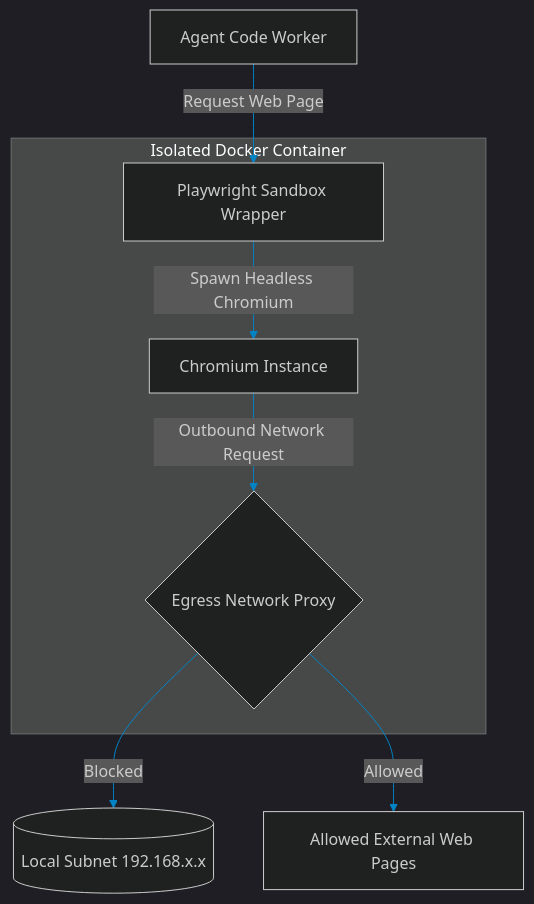
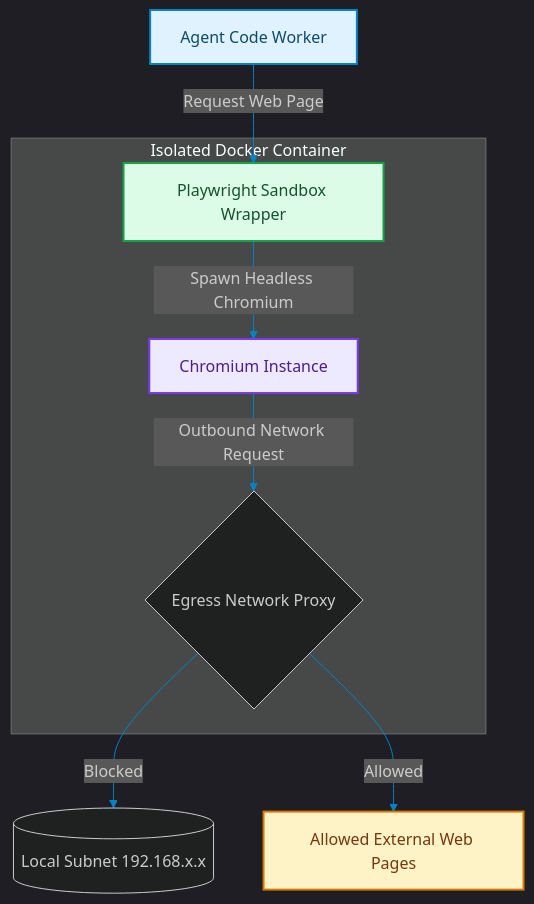
One commit to akmalkhaniub/akmalkhaniub.github.io changed the diagram in blog/posts/browser-playwright-sandbox-execution.md. Above: the diagram before and after it, drawn with Mermaid. The commit also changed other lines of this file and 1291 other files, not shown here.

First line of the commit message:
feat(catalog): unique covers, scholarly references, and diagram palettes

````diff
--- a/blog/posts/browser-playwright-sandbox-execution.md
+++ b/blog/posts/browser-playwright-sandbox-execution.md
@@ -16,13 +16,23 @@
 ```mermaid
 %%{init: {'theme': 'dark', 'themeVariables': { 'primaryColor': '#0284c7', 'primaryTextColor': '#f3f4f6', 'primaryBorderColor': '#38bdf8', 'lineColor': '#0284c7', 'secondaryColor': '#111827', 'tertiaryColor': '#0b0f19'}}}%%
 flowchart TD
-    Agent[Agent Code Worker] -->|Request Web Page| Wrapper[Playwright Sandbox Wrapper]
+    Agent["Agent Code Worker"] -->|Request Web Page| Wrapper["Playwright Sandbox Wrapper"]
     
     subgraph SG1_IsolatedDockerContainer ["Isolated Docker Container"]
-        Wrapper -->|Spawn Headless Chromium| Browser[Chromium Instance]
+        Wrapper -->|Spawn Headless Chromium| Browser["Chromium Instance"]
         Browser -->|Outbound Network Request| Proxy{Egress Network Proxy}
     end
     
     Proxy -->|Blocked| Subnet[(Local Subnet 192.168.x.x)]
-    Proxy -->|Allowed| Web[Allowed External Web Pages]
+    Proxy -->|Allowed| Web["Allowed External Web Pages"]
+
+classDef green fill:#dcfce7,stroke:#16a34a,stroke-width:2px,color:#14532d;
+classDef red fill:#fee2e2,stroke:#dc2626,stroke-width:2px,color:#7f1d1d;
+classDef blue fill:#e0f2fe,stroke:#0284c7,stroke-width:2px,color:#0c4a6e;
+classDef yellow fill:#fef3c7,stroke:#d97706,stroke-width:2px,color:#78350f;
+classDef purple fill:#ede9fe,stroke:#7c3aed,stroke-width:2px,color:#4c1d95;
+class Agent blue
+class Wrapper green
+class Browser purple
+class Web yellow
 ```
````
